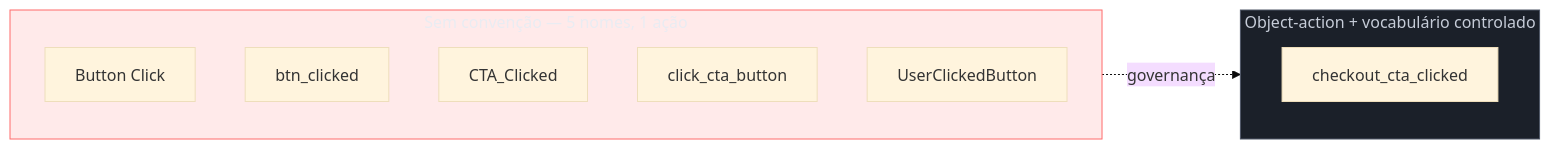
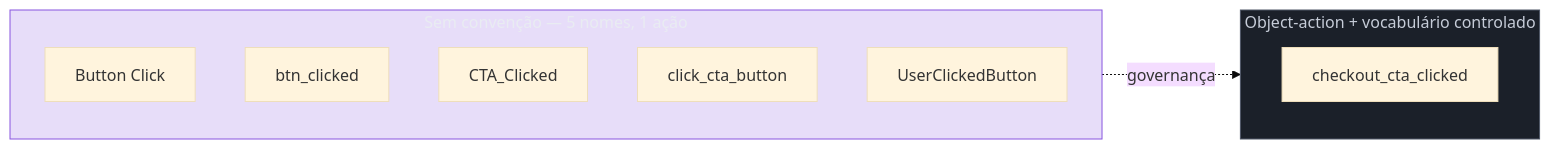
One commit to josenaldo/codex-technomanticus changed the diagram in 03-Dominios/Engenharia/UX/Medir, Validar e Sustentar/41 - Instrumentação - event taxonomy e tracking plan.md. Above: the diagram before and after it, drawn with Mermaid (base theme). The commit also changed 601 other files, not shown here.

````diff
--- a/03-Dominios/Engenharia/UX/Medir, Validar e Sustentar/41 - Instrumentação - event taxonomy e tracking plan.md
+++ b/03-Dominios/Engenharia/UX/Medir, Validar e Sustentar/41 - Instrumentação - event taxonomy e tracking plan.md
@@ -27,18 +27,18 @@
 ```mermaid
 graph LR
-    classDef falha fill:#FF6B6B24,stroke:#FF6B6B,color:#E9ECF2
+    classDef marca fill:#8855DF33,stroke:#8855DF,color:#E9ECF2
     classDef neutro fill:#1B2029,stroke:#4E5666,color:#C6CCD8
     subgraph SEM["Sem convenção — 5 nomes, 1 ação"]
         A1["Button Click"]
         A2["btn_clicked"]
         A3["CTA_Clicked"]
         A4["click_cta_button"]
         A5["UserClickedButton"]
     end
     subgraph COM["Object-action + vocabulário controlado"]
         B1["checkout_cta_clicked"]
     end
     SEM -.->|"governança"| COM
-    class SEM falha
+    class SEM marca
     class COM neutro
 ```
````
